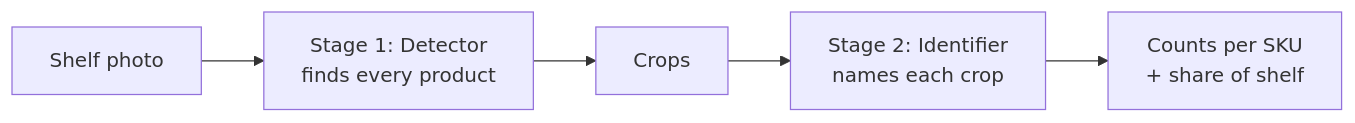
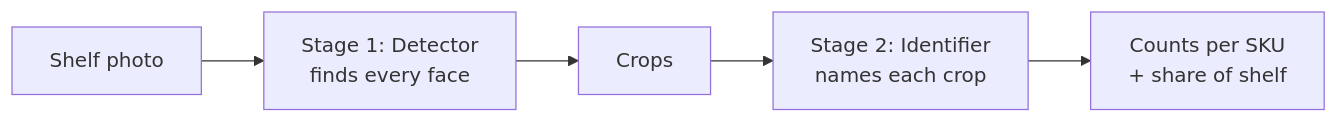
The first of 2 diagrams in docs/ROADMAP.md (winenpot/face-counter), drawn with Mermaid before and after one commit. The commit also changed other lines of this file and 11 other files, not shown here.

````diff
--- a/docs/ROADMAP.md
+++ b/docs/ROADMAP.md
@@ -19,7 +19,7 @@
 ```mermaid
 flowchart LR
-  A[Shelf photo] --> B[Stage 1: Detector<br/>finds every product]
+  A[Shelf photo] --> B[Stage 1: Detector<br/>finds every face]
   B --> C[Crops]
   C --> D[Stage 2: Identifier<br/>names each crop]
   D --> E[Counts per SKU<br/>+ share of shelf]
 ```
````
